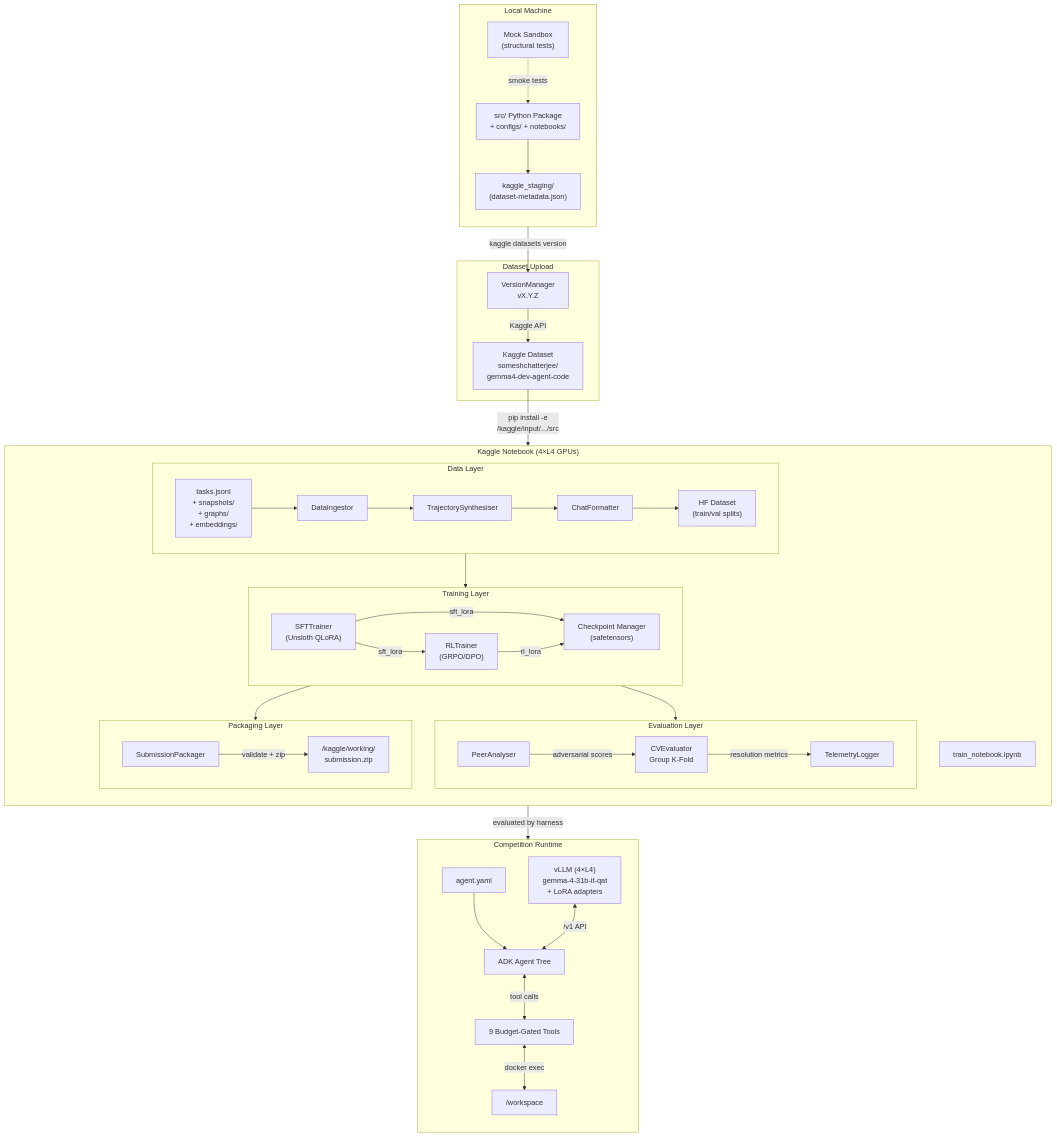
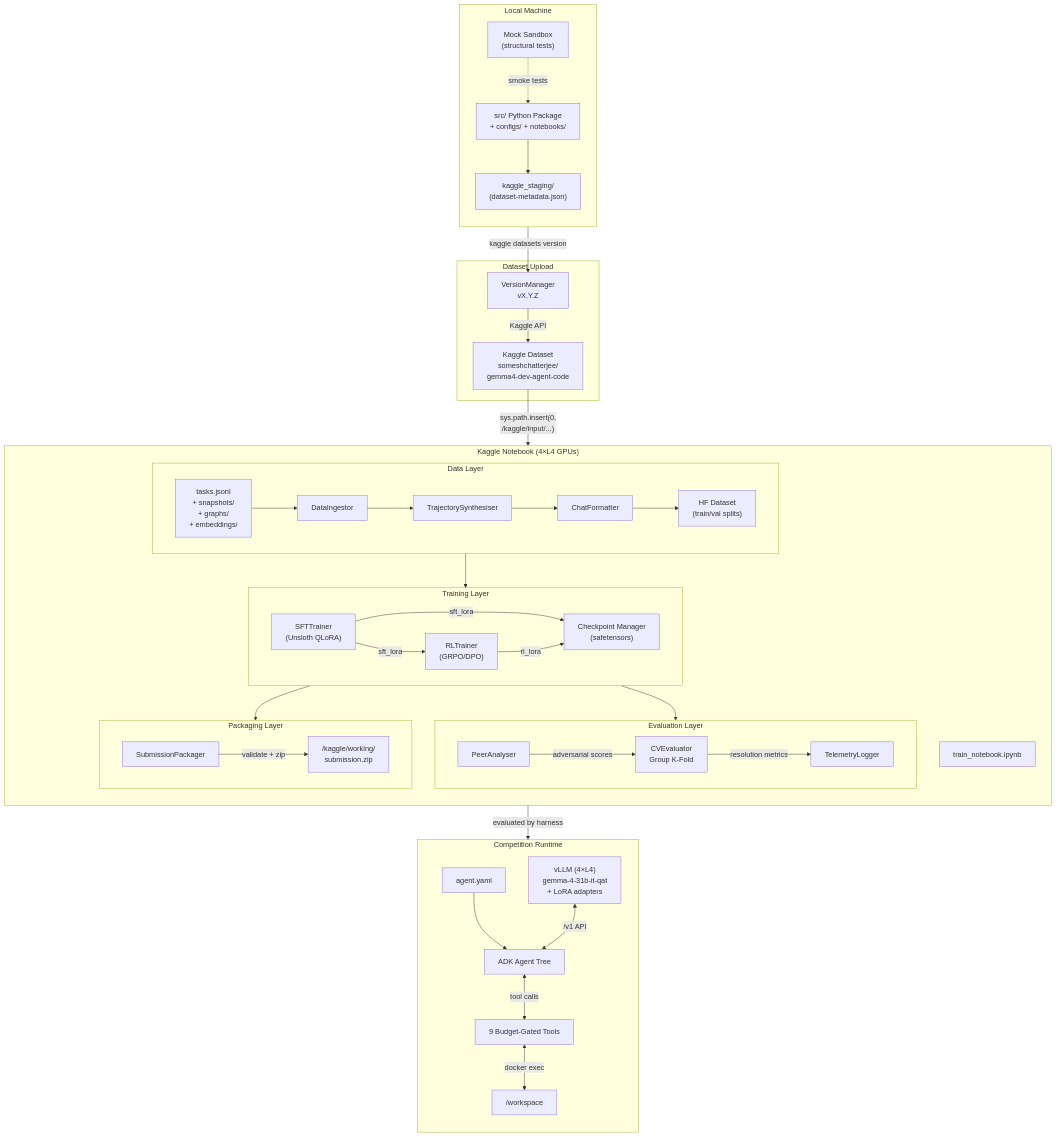
One commit to Strider221B/gemma4_dev_agent changed the diagram in documentation/design/high_level/02_architecture_diagram.md. Above: the diagram before and after it, drawn with Mermaid. The commit also changed other lines of this file and 6 other files, not shown here.

````diff
--- a/documentation/design/high_level/02_architecture_diagram.md
+++ b/documentation/design/high_level/02_architecture_diagram.md
@@ -7,75 +7,75 @@
 ```mermaid
 flowchart TB
     subgraph LOCAL["Local Machine"]
         direction TB
         SRC["src/ Python Package\n+ configs/ + notebooks/"]
         MOCK["Mock Sandbox\n(structural tests)"]
         STAGE["kaggle_staging/\n(dataset-metadata.json)"]
         SRC --> STAGE
         MOCK -.->|"smoke tests"| SRC
     end
 
     subgraph UPLOAD["Dataset Upload"]
         VER["VersionManager\nvX.Y.Z"]
         STAGE -->|"kaggle datasets version"| VER
         VER -->|"Kaggle API"| DS_REMOTE["Kaggle Dataset\nsomeshchatterjee/\ngemma4-dev-agent-code"]
     end
 
     subgraph KAGGLE["Kaggle Notebook (4×L4 GPUs)"]
         direction TB
         NB["train_notebook.ipynb"]
-        DS_REMOTE -->|"pip install -e\n/kaggle/input/.../src"| NB
+        DS_REMOTE -->|"sys.path.insert(0,\n/kaggle/input/...)"| NB
 
         subgraph DATA_LAYER["Data Layer"]
             direction LR
             RAW["tasks.jsonl\n+ snapshots/\n+ graphs/\n+ embeddings/"]
             INGEST["DataIngestor"]
             TRAJ["TrajectorySynthesiser"]
             FMT["ChatFormatter"]
             HF_DS["HF Dataset\n(train/val splits)"]
             RAW --> INGEST --> TRAJ --> FMT --> HF_DS
         end
 
         subgraph TRAIN_LAYER["Training Layer"]
             direction LR
             SFT["SFTTrainer\n(Unsloth QLoRA)"]
             RL["RLTrainer\n(GRPO/DPO)"]
             CKPT["Checkpoint Manager\n(safetensors)"]
             HF_DS --> SFT
             SFT -->|"sft_lora"| RL
             SFT -->|"sft_lora"| CKPT
             RL -->|"rl_lora"| CKPT
         end
 
         subgraph EVAL_LAYER["Evaluation Layer"]
             direction LR
             CV["CVEvaluator\nGroup K-Fold"]
             PEER["PeerAnalyser"]
             CKPT --> CV
             CV -->|"resolution metrics"| TELEM["TelemetryLogger"]
             PEER -->|"adversarial scores"| CV
         end
 
         subgraph PACKAGE_LAYER["Packaging Layer"]
             direction LR
             PKG["SubmissionPackager"]
             CKPT --> PKG
             PKG -->|"validate + zip"| SUB_ZIP["/kaggle/working/\nsubmission.zip"]
         end
     end
 
     subgraph RUNTIME["Competition Runtime"]
         direction TB
         YAML["agent.yaml"]
         VLLM["vLLM (4×L4)\ngemma-4-31b-it-qat\n+ LoRA adapters"]
         ADK["ADK Agent Tree"]
         TOOLS["9 Budget-Gated Tools"]
         WS["/workspace"]
         YAML --> ADK
         VLLM <-->|"/v1 API"| ADK
         ADK <-->|"tool calls"| TOOLS
         TOOLS <-->|"docker exec"| WS
     end
 
     SUB_ZIP -->|"evaluated by harness"| YAML
 ```
````
